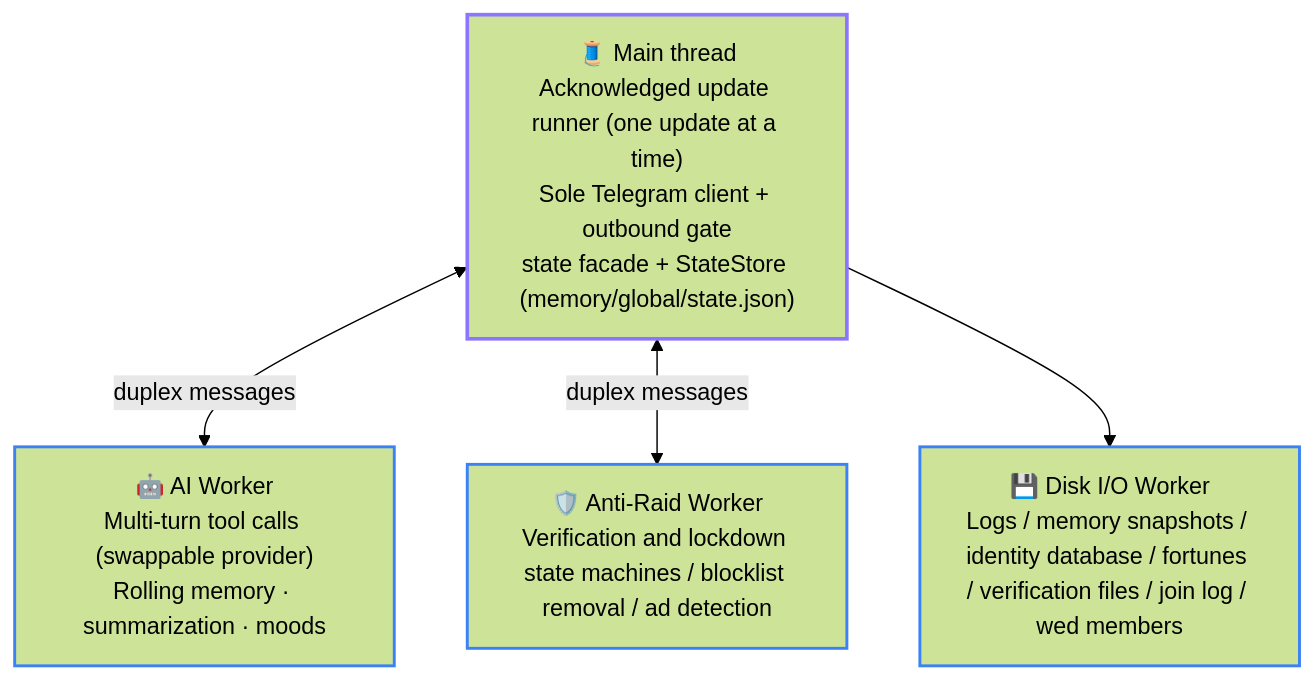
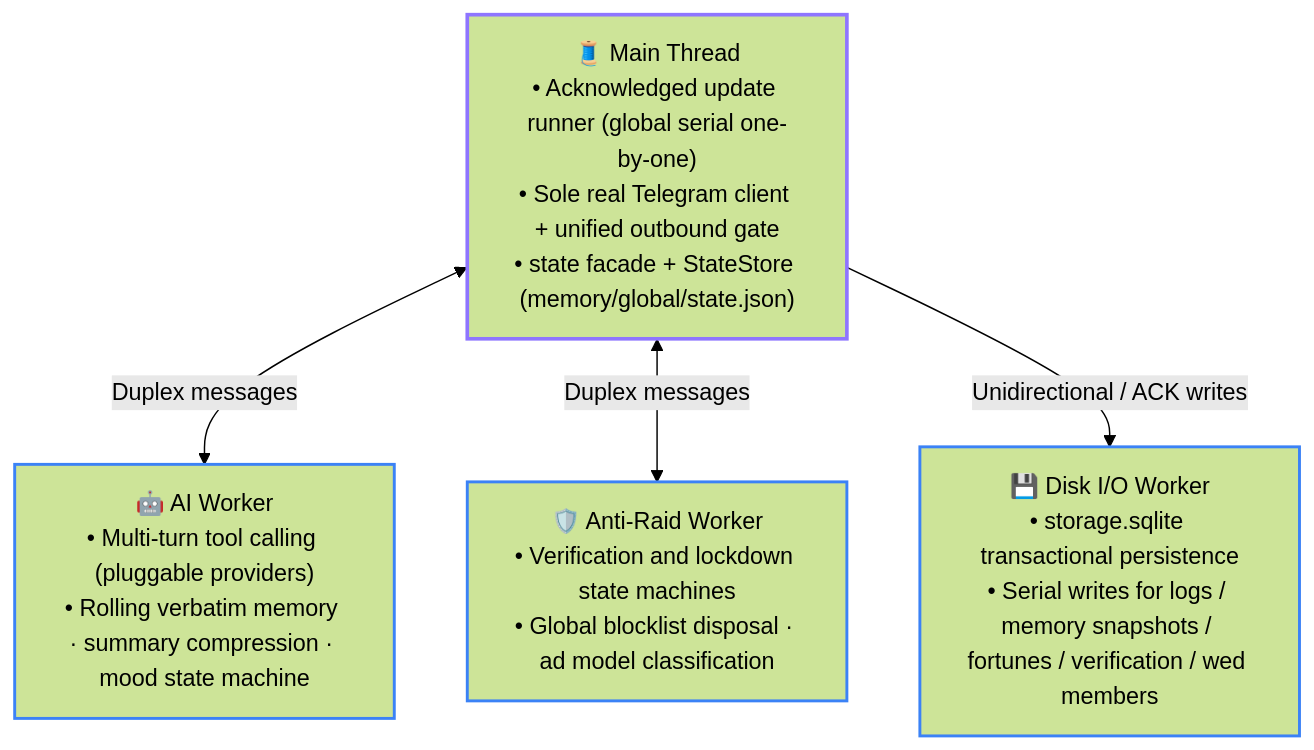
One commit to Asashishi/copy_ninjia changed the first of 2 diagrams in docs/en/02-architecture.md. Above: the diagram before and after it, drawn with Mermaid (forest theme). The commit also changed other lines of this file and 691 other files, not shown here.

````diff
--- a/docs/en/02-architecture.md
+++ b/docs/en/02-architecture.md
@@ -17,14 +17,14 @@
 ```mermaid
 flowchart TD
     classDef main stroke:#8e75ff,stroke-width:2.5px;
     classDef worker stroke:#3b82f6,stroke-width:2px;
 
-    MAIN["🧵 Main thread<br/>Acknowledged update runner (one update at a time)<br/>Sole Telegram client + outbound gate<br/>state facade + StateStore (memory/global/state.json)"]:::main
-    AI["🤖 AI Worker<br/>Multi-turn tool calls (swappable provider)<br/>Rolling memory · summarization · moods"]:::worker
-    RAID["🛡️ Anti-Raid Worker<br/>Verification and lockdown state machines / blocklist removal / ad detection"]:::worker
-    DISK["💾 Disk I/O Worker<br/>Logs / memory snapshots / identity database / fortunes / verification files / join log / wed members"]:::worker
+    MAIN["🧵 Main Thread<br/>• Acknowledged update runner (global serial one-by-one)<br/>• Sole real Telegram client + unified outbound gate<br/>• state facade + StateStore (memory/global/state.json)"]:::main
+    AI["🤖 AI Worker<br/>• Multi-turn tool calling (pluggable providers)<br/>• Rolling verbatim memory · summary compression · mood state machine"]:::worker
+    RAID["🛡️ Anti-Raid Worker<br/>• Verification and lockdown state machines<br/>• Global blocklist disposal · ad model classification"]:::worker
+    DISK["💾 Disk I/O Worker<br/>• storage.sqlite transactional persistence<br/>• Serial writes for logs / memory snapshots / fortunes / verification / wed members"]:::worker
 
-    MAIN <-->|duplex messages| AI
-    MAIN <-->|duplex messages| RAID
-    MAIN --> DISK
+    MAIN <-->|Duplex messages| AI
+    MAIN <-->|Duplex messages| RAID
+    MAIN -->|Unidirectional / ACK writes| DISK
 ```
````
